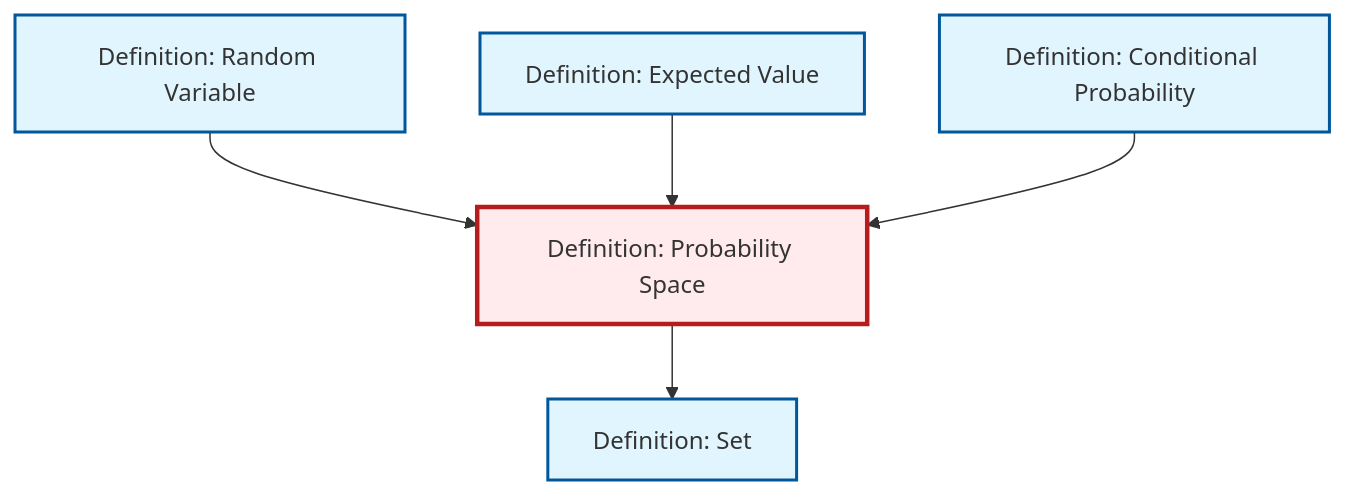
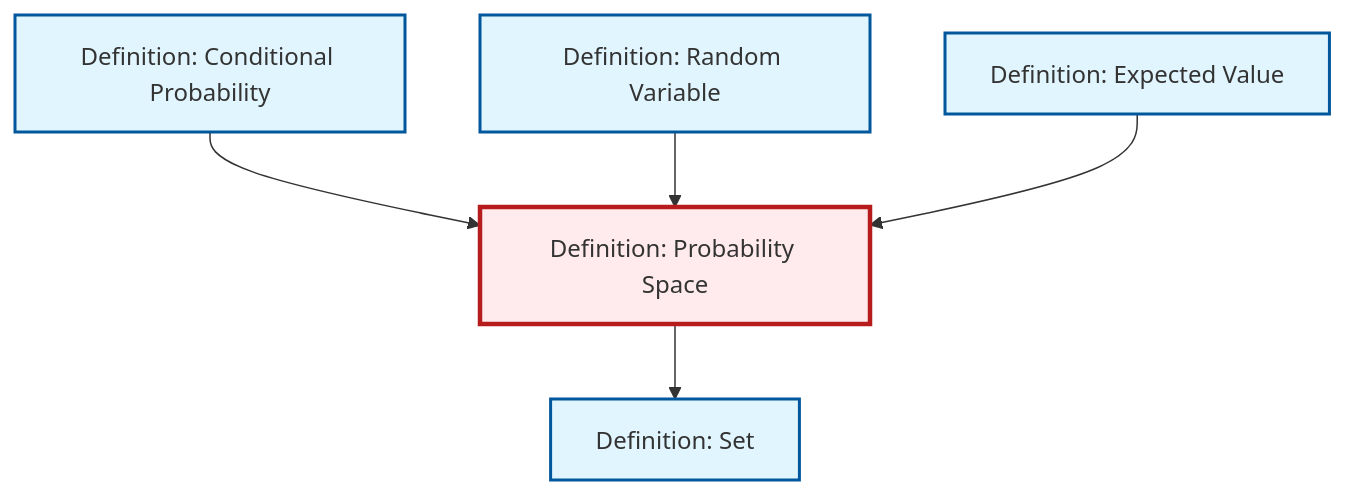
Before and after one commit to RK0429/ModernMath: the diagram in content/en/probability-statistics/def-probability-space.qmd, drawn with Mermaid. The commit also changed other lines of this file and 434 other files, not shown here.

````diff
--- a/content/en/probability-statistics/def-probability-space.qmd
+++ b/content/en/probability-statistics/def-probability-space.qmd
@@ -46,23 +46,23 @@
 ```{mermaid}
 %%| fig-cap: "Local dependency graph"
 graph TD
     classDef definition fill:#e1f5fe,stroke:#01579b,stroke-width:2px
     classDef theorem fill:#f3e5f5,stroke:#4a148c,stroke-width:2px
     classDef axiom fill:#fff3e0,stroke:#e65100,stroke-width:2px
     classDef example fill:#e8f5e9,stroke:#1b5e20,stroke-width:2px
     classDef current fill:#ffebee,stroke:#b71c1c,stroke-width:3px
+    def-set["Definition: Set"]:::definition
     def-expectation["Definition: Expected Value"]:::definition
     def-probability-space["Definition: Probability Space"]:::definition
-    def-set["Definition: Set"]:::definition
+    def-conditional-probability["Definition: Conditional Probability"]:::definition
     def-random-variable["Definition: Random Variable"]:::definition
-    def-conditional-probability["Definition: Conditional Probability"]:::definition
+    def-conditional-probability --> def-probability-space
     def-random-variable --> def-probability-space
+    def-expectation --> def-probability-space
     def-probability-space --> def-set
-    def-expectation --> def-probability-space
-    def-conditional-probability --> def-probability-space
     class def-probability-space current
+    click def-set "def-set.html" "Go to Set definition"
     click def-expectation "def-expectation.html" "Go to Expected Value definition"
-    click def-set "def-set.html" "Go to Set definition"
+    click def-conditional-probability "def-conditional-probability.html" "Go to Conditional Probability definition"
     click def-random-variable "def-random-variable.html" "Go to Random Variable definition"
-    click def-conditional-probability "def-conditional-probability.html" "Go to Conditional Probability definition"
 ```
````
